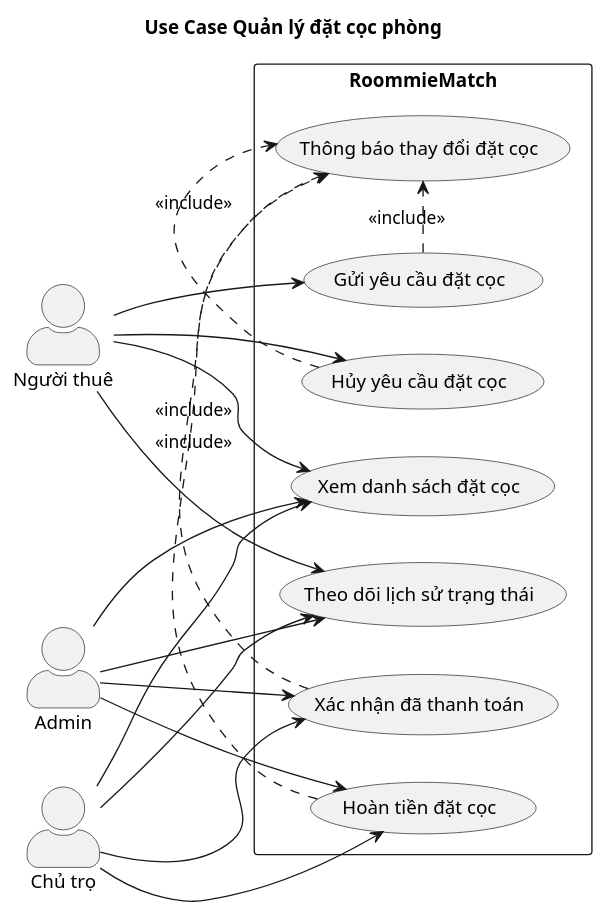
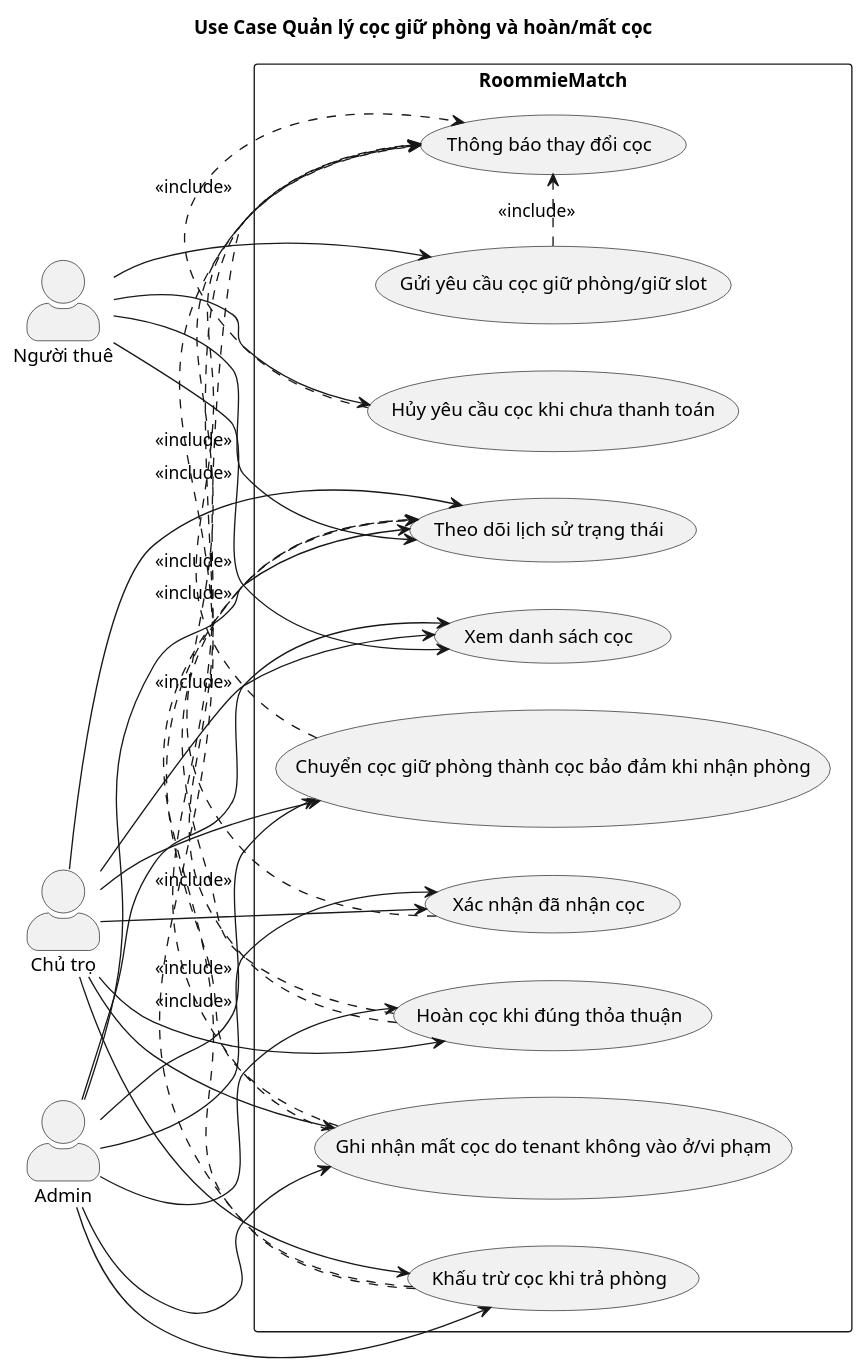
The diagram in PlantUML/Usecase/B_Tenant_And_C_Landlord/DepositManagement.plantuml (kinhon11/roommatch), drawn with PlantUML before and after one commit. The commit also changed 10 other files, not shown here.

Commit message:
Update PlantUML business workflow diagrams

```diff
--- a/PlantUML/Usecase/B_Tenant_And_C_Landlord/DepositManagement.plantuml
+++ b/PlantUML/Usecase/B_Tenant_And_C_Landlord/DepositManagement.plantuml
@@ -1,42 +1,57 @@
 @startuml
-title Use Case Quản lý đặt cọc phòng
+title Use Case Quản lý cọc giữ phòng và hoàn/mất cọc
 
 left to right direction
 skinparam shadowing false
 skinparam actorStyle awesome
 
 actor "Người thuê" as Tenant
 actor "Chủ trọ" as Landlord
 actor "Admin" as Admin
 
 rectangle "RoommieMatch" {
-  usecase "Gửi yêu cầu đặt cọc" as CreateDeposit
-  usecase "Xem danh sách đặt cọc" as ViewDeposits
-  usecase "Xác nhận đã thanh toán" as MarkPaid
-  usecase "Hủy yêu cầu đặt cọc" as CancelDeposit
-  usecase "Hoàn tiền đặt cọc" as RefundDeposit
+  usecase "Gửi yêu cầu cọc giữ phòng/giữ slot" as CreateDeposit
+  usecase "Xem danh sách cọc" as ViewDeposits
+  usecase "Xác nhận đã nhận cọc" as MarkPaid
+  usecase "Chuyển cọc giữ phòng thành cọc bảo đảm khi nhận phòng" as MoveIn
+  usecase "Hủy yêu cầu cọc khi chưa thanh toán" as CancelDeposit
+  usecase "Ghi nhận mất cọc do tenant không vào ở/vi phạm" as ForfeitDeposit
+  usecase "Khấu trừ cọc khi trả phòng" as DeductDeposit
+  usecase "Hoàn cọc khi đúng thỏa thuận" as RefundDeposit
   usecase "Theo dõi lịch sử trạng thái" as TrackTransactions
-  usecase "Thông báo thay đổi đặt cọc" as NotifyDeposit
+  usecase "Thông báo thay đổi cọc" as NotifyDeposit
 }
 
 Tenant --> CreateDeposit
 Tenant --> ViewDeposits
 Tenant --> CancelDeposit
 Tenant --> TrackTransactions
 
 Landlord --> ViewDeposits
 Landlord --> MarkPaid
+Landlord --> MoveIn
+Landlord --> ForfeitDeposit
+Landlord --> DeductDeposit
 Landlord --> RefundDeposit
 Landlord --> TrackTransactions
 
 Admin --> ViewDeposits
 Admin --> MarkPaid
+Admin --> MoveIn
+Admin --> ForfeitDeposit
+Admin --> DeductDeposit
 Admin --> RefundDeposit
 Admin --> TrackTransactions
 
 CreateDeposit .> NotifyDeposit : <<include>>
 MarkPaid .> NotifyDeposit : <<include>>
+MoveIn .> NotifyDeposit : <<include>>
 CancelDeposit .> NotifyDeposit : <<include>>
+ForfeitDeposit .> NotifyDeposit : <<include>>
+DeductDeposit .> NotifyDeposit : <<include>>
 RefundDeposit .> NotifyDeposit : <<include>>
+RefundDeposit .> TrackTransactions : <<include>>
+ForfeitDeposit .> TrackTransactions : <<include>>
+DeductDeposit .> TrackTransactions : <<include>>
 
 @enduml
```
